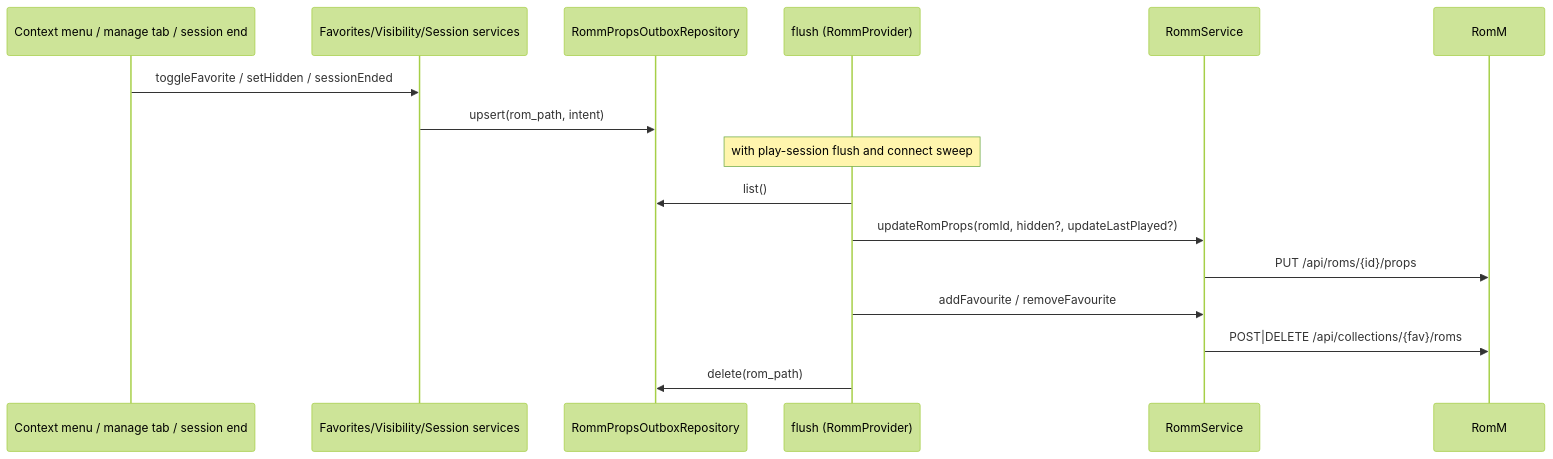
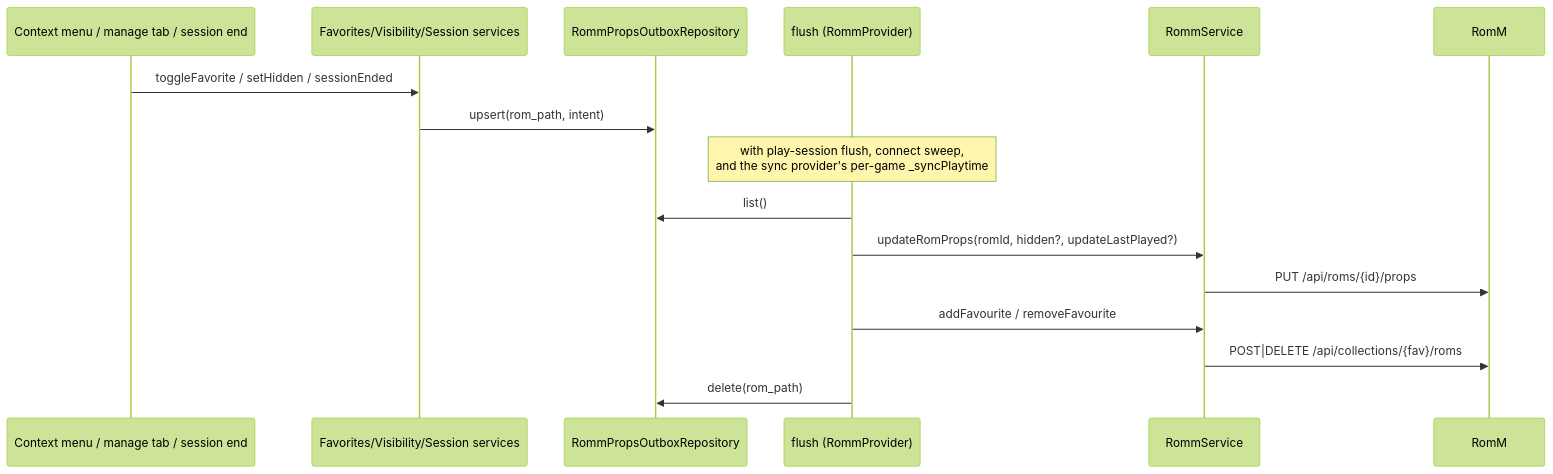
The diagram in sdd/specs/romm-play-state-writeback/design.md (jonstump/neostation-frontend), drawn with Mermaid (forest theme) before and after one commit. The commit also changed other lines of this file and 10 other files, not shown here.

````diff
--- a/sdd/specs/romm-play-state-writeback/design.md
+++ b/sdd/specs/romm-play-state-writeback/design.md
@@ -47,19 +47,19 @@
 ```mermaid
 sequenceDiagram
     participant UI as Context menu / manage tab / session end
     participant Svc as Favorites/Visibility/Session services
     participant O as RommPropsOutboxRepository
     participant F as flush (RommProvider)
     participant S as RommService
     participant R as RomM
 
     UI->>Svc: toggleFavorite / setHidden / sessionEnded
     Svc->>O: upsert(rom_path, intent)
-    Note over F: with play-session flush and connect sweep
+    Note over F: with play-session flush, connect sweep,<br/>and the sync provider's per-game _syncPlaytime
     F->>O: list()
     F->>S: updateRomProps(romId, hidden?, updateLastPlayed?)
     S->>R: PUT /api/roms/{id}/props
     F->>S: addFavourite / removeFavourite
     S->>R: POST|DELETE /api/collections/{fav}/roms
     F->>O: delete(rom_path)
 ```
````
